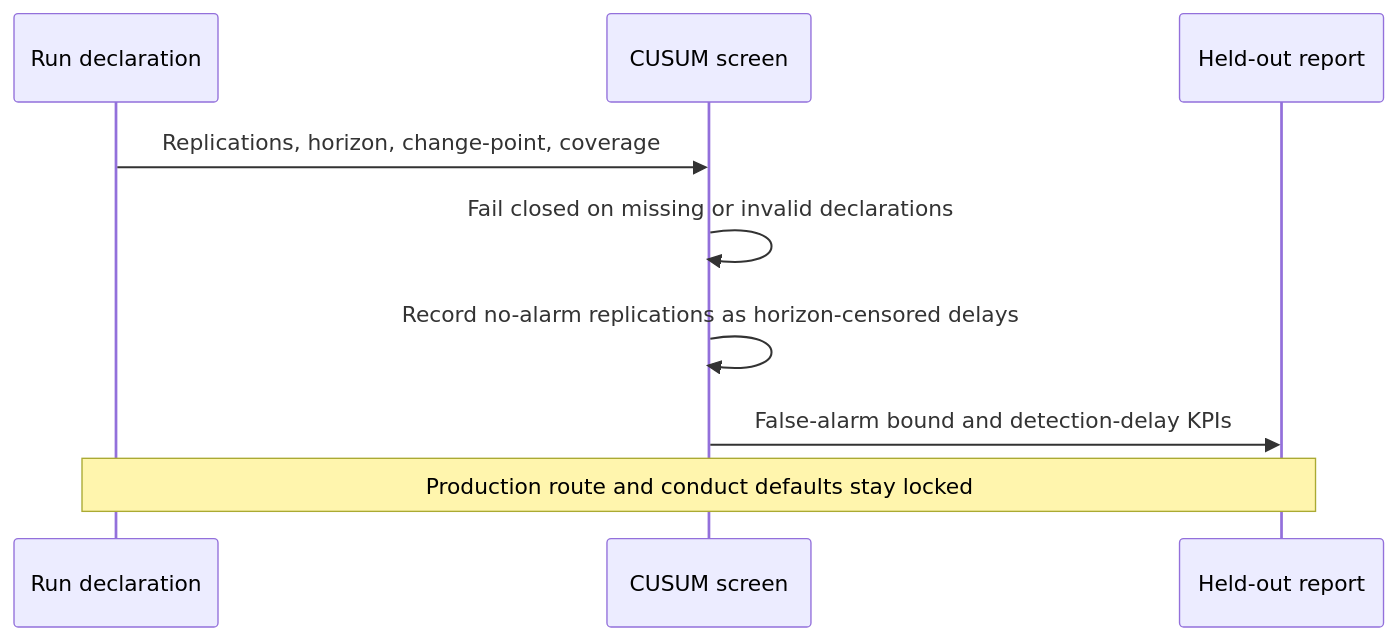
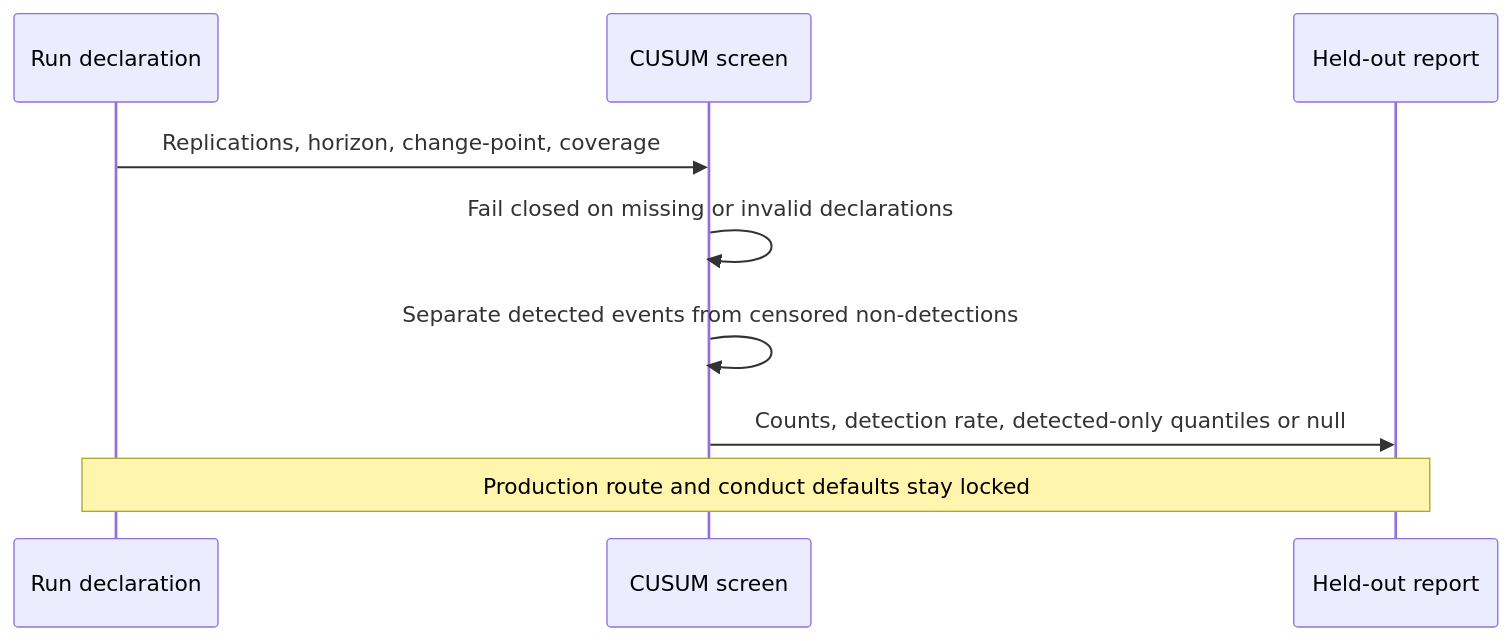
The fifth of 6 diagrams in docs/doctoring/nim-benchmark-evidence-grade.md (ContextualWisdomLab/contextual-orchestrator), drawn with Mermaid before and after one commit. The commit also changed other lines of this file and 4 other files, not shown here.

Commit message:
fix(benchmark): separate censored outcomes from detected delays

````diff
--- a/docs/doctoring/nim-benchmark-evidence-grade.md
+++ b/docs/doctoring/nim-benchmark-evidence-grade.md
@@ -327,11 +333,11 @@
 ```mermaid
 sequenceDiagram
     participant Operator as Run declaration
     participant Screen as CUSUM screen
     participant Report as Held-out report
     Operator->>Screen: Replications, horizon, change-point, coverage
     Screen->>Screen: Fail closed on missing or invalid declarations
-    Screen->>Screen: Record no-alarm replications as horizon-censored delays
-    Screen->>Report: False-alarm bound and detection-delay KPIs
+    Screen->>Screen: Separate detected events from censored non-detections
+    Screen->>Report: Counts, detection rate, detected-only quantiles or null
     Note over Operator,Report: Production route and conduct defaults stay locked
 ```
````
